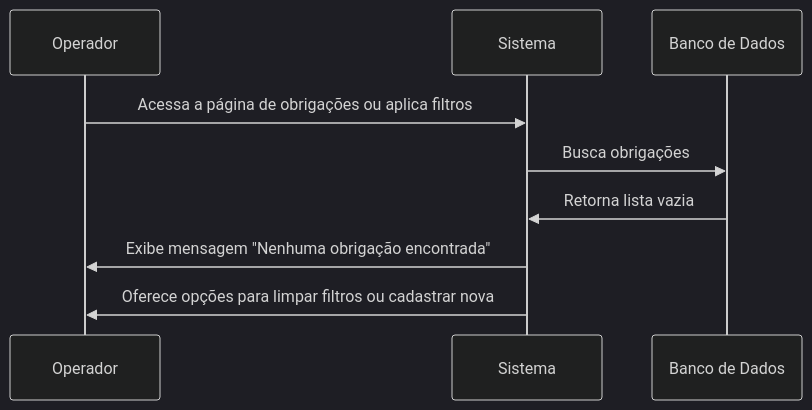
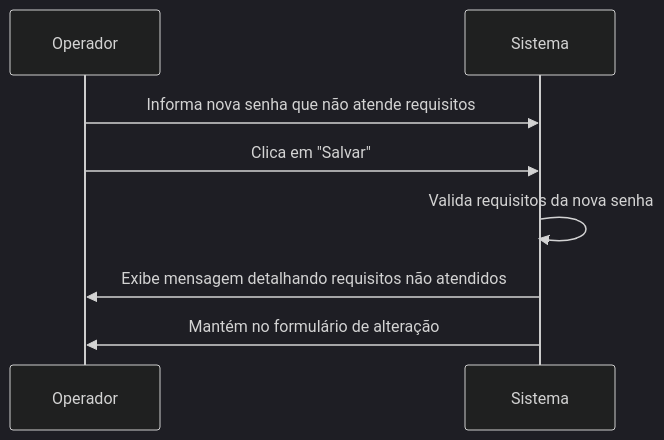
One commit to Bomsalvez/quilombo-docs changed the fourth of 5 diagrams in Writerside/topics/RF13.md. Above: the diagram before and after it, drawn with Mermaid (dark theme). The commit also changed other lines of this file and 34 other files, not shown here.

````diff
--- a/Writerside/topics/RF13.md
+++ b/Writerside/topics/RF13.md
@@ -93,12 +101,11 @@
 ```mermaid
 sequenceDiagram
     participant O as Operador
     participant S as Sistema
-    participant DB as Banco de Dados
     
-    O->>S: Acessa a página de obrigações ou aplica filtros
-    S->>DB: Busca obrigações
-    DB->>S: Retorna lista vazia
-    S->>O: Exibe mensagem "Nenhuma obrigação encontrada"
-    S->>O: Oferece opções para limpar filtros ou cadastrar nova
+    O->>S: Informa nova senha que não atende requisitos
+    O->>S: Clica em "Salvar"
+    S->>S: Valida requisitos da nova senha
+    S->>O: Exibe mensagem detalhando requisitos não atendidos
+    S->>O: Mantém no formulário de alteração
 ```
````
